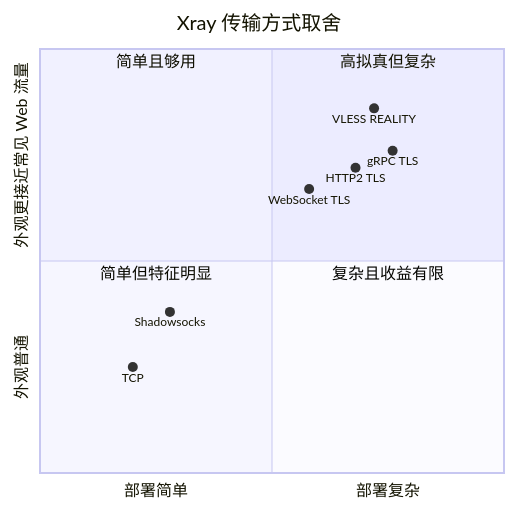
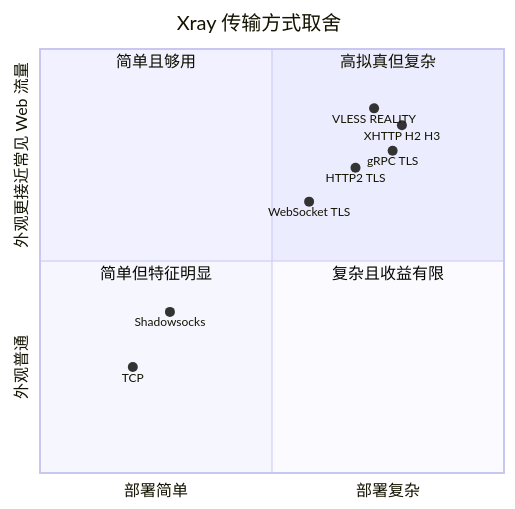
One commit to chcbz/chcbz.github.io changed the eighth of 10 diagrams in docs/article/2026/202608170000.md. Above: the diagram before and after it, drawn with Mermaid. The commit also changed other lines of this file, not shown here.

````diff
--- a/docs/article/2026/202608170000.md
+++ b/docs/article/2026/202608170000.md
@@ -251,16 +525,17 @@
 ```mermaid
 quadrantChart
     title Xray 传输方式取舍
     x-axis 部署简单 --> 部署复杂
     y-axis 外观普通 --> 外观更接近常见 Web 流量
     quadrant-1 高拟真但复杂
     quadrant-2 简单且够用
     quadrant-3 简单但特征明显
     quadrant-4 复杂且收益有限
     TCP: [0.20, 0.25]
     Shadowsocks: [0.28, 0.38]
-    WebSocket TLS: [0.58, 0.67]
+    WebSocket TLS: [0.58, 0.64]
     HTTP2 TLS: [0.68, 0.72]
     gRPC TLS: [0.76, 0.76]
     VLESS REALITY: [0.72, 0.86]
+    XHTTP H2 H3: [0.78, 0.82]
 ```
````
